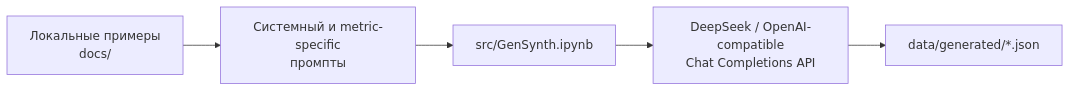
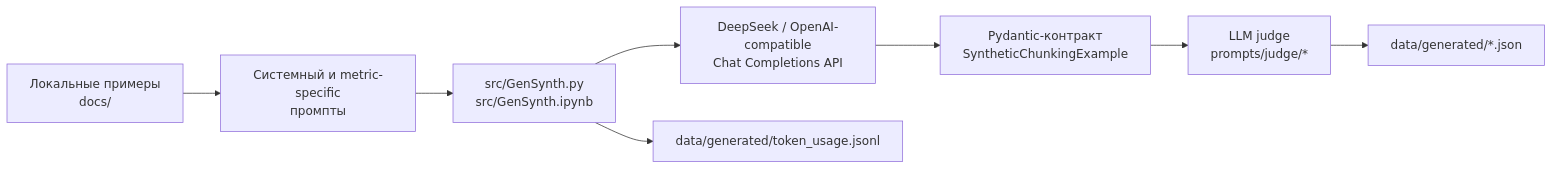
One commit to VladG00dmanPersonal/SyntheticDocChunksGeneration changed the diagram in README.md. Above: the diagram before and after it, drawn with Mermaid. The commit also changed other lines of this file and 1 other file, not shown here.

````diff
--- a/README.md
+++ b/README.md
@@ -21,7 +21,10 @@
 ```mermaid
 flowchart LR
     D[Локальные примеры<br/>docs/] --> P[Системный и metric-specific<br/>промпты]
-    P --> N[src/GenSynth.ipynb]
-    N --> A[DeepSeek / OpenAI-compatible<br/>Chat Completions API]
-    A --> J[data/generated/*.json]
+    P --> G[src/GenSynth.py<br/>src/GenSynth.ipynb]
+    G --> A[DeepSeek / OpenAI-compatible<br/>Chat Completions API]
+    A --> C[Pydantic-контракт<br/>SyntheticChunkingExample]
+    C --> J[LLM judge<br/>prompts/judge/*]
+    J --> O[data/generated/*.json]
+    G --> U[data/generated/token_usage.jsonl]
 ```
````
